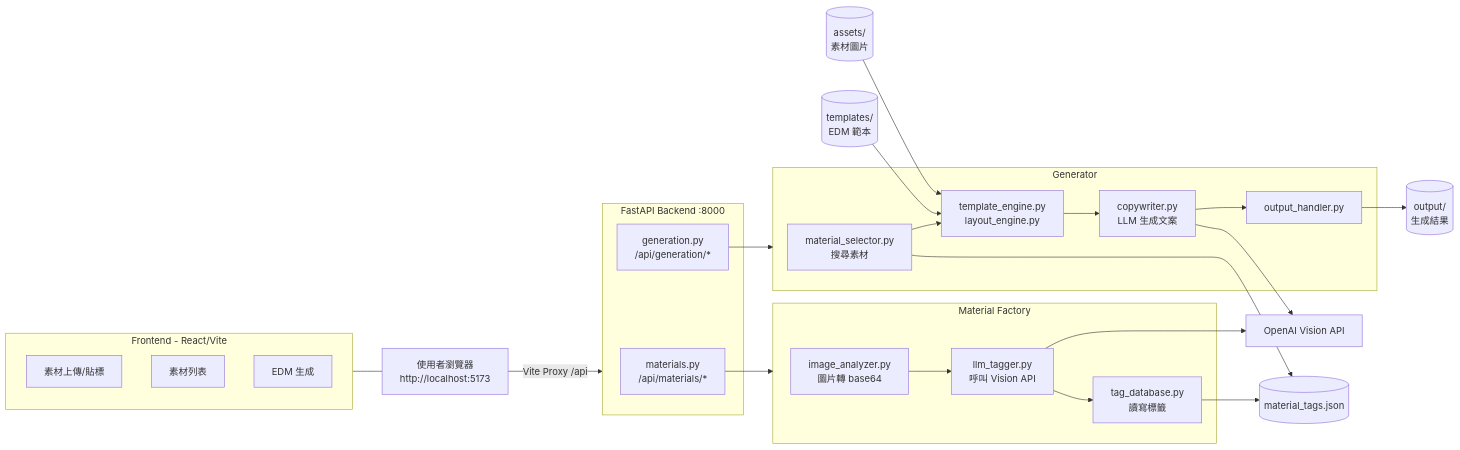
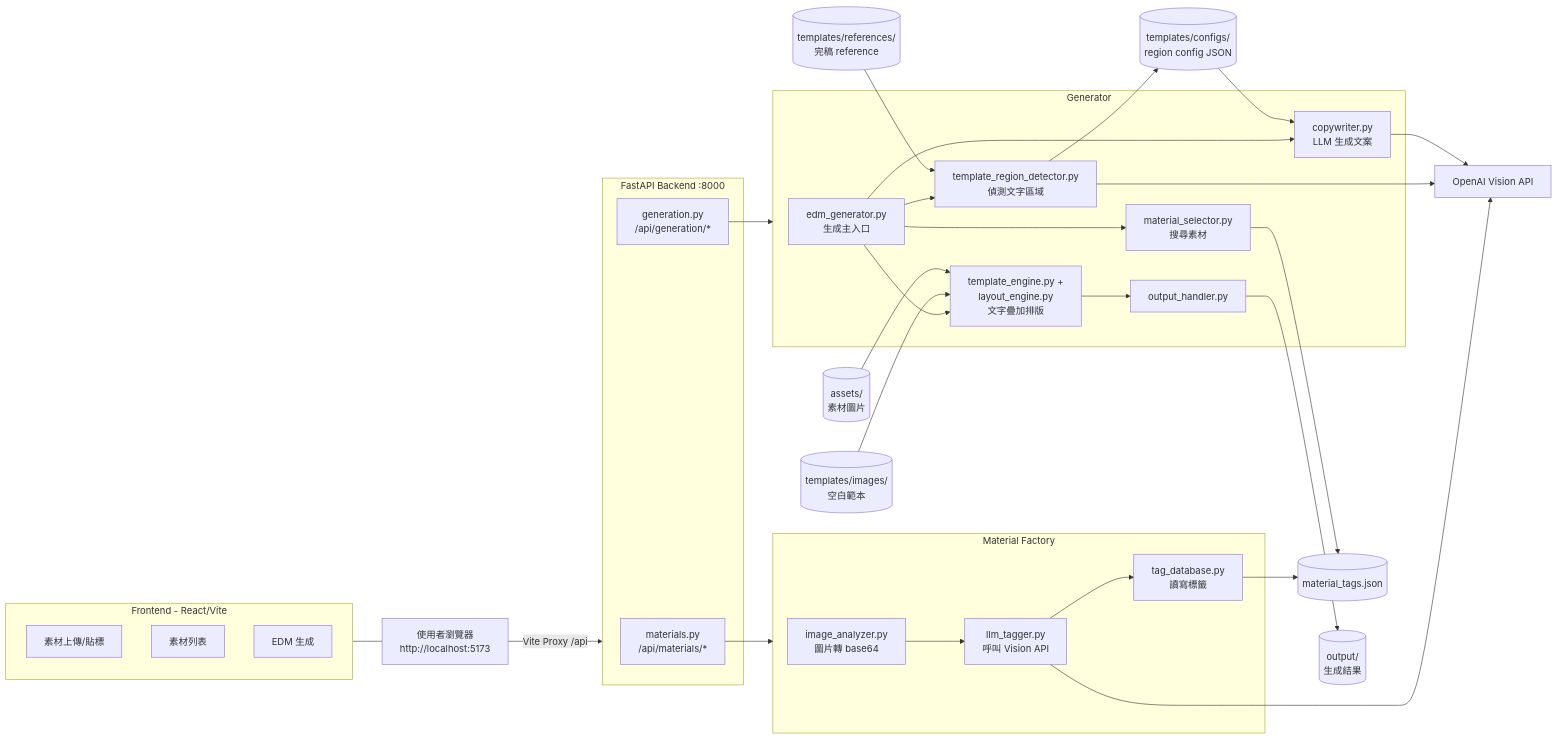
One commit to SamLai228/creative_agent changed the diagram in docs/architecture.md. Above: the diagram before and after it, drawn with Mermaid.

Commit message:
docs: update architecture diagram with new Generator components
Add template_region_detector, edm_generator, and template
directory structure (images/references/configs) to reflect
current system architecture.

````diff
--- a/docs/architecture.md
+++ b/docs/architecture.md
@@ -3,55 +3,65 @@
 ```mermaid
 flowchart LR
     Browser["使用者瀏覽器<br/>http://localhost:5173"]
 
     subgraph Frontend["Frontend - React/Vite"]
         UI_Upload["素材上傳/貼標"]
         UI_List["素材列表"]
         UI_Generate["EDM 生成"]
     end
 
     subgraph Backend["FastAPI Backend :8000"]
         R_Materials["materials.py<br/>/api/materials/*"]
         R_Generation["generation.py<br/>/api/generation/*"]
     end
 
     subgraph MaterialFactory["Material Factory"]
         ImageAnalyzer["image_analyzer.py<br/>圖片轉 base64"]
         LLMTagger["llm_tagger.py<br/>呼叫 Vision API"]
         TagDatabase["tag_database.py<br/>讀寫標籤"]
     end
 
     subgraph Generator["Generator"]
+        EDMGenerator["edm_generator.py<br/>生成主入口"]
         MaterialSelector["material_selector.py<br/>搜尋素材"]
-        TemplateEngine["template_engine.py<br/>layout_engine.py"]
+        RegionDetector["template_region_detector.py<br/>偵測文字區域"]
+        TemplateEngine["template_engine.py +<br/>layout_engine.py<br/>文字疊加排版"]
         Copywriter["copywriter.py<br/>LLM 生成文案"]
         OutputHandler["output_handler.py"]
     end
 
     OpenAI["OpenAI Vision API"]
 
     DB[("material_tags.json")]
     Assets[("assets/<br/>素材圖片")]
-    Templates[("templates/<br/>EDM 範本")]
+    TplImages[("templates/images/<br/>空白範本")]
+    TplRefs[("templates/references/<br/>完稿 reference")]
+    TplConfigs[("templates/configs/<br/>region config JSON")]
     Output[("output/<br/>生成結果")]
 
     Browser -->|"Vite Proxy /api"| Backend
     Frontend --- Browser
 
     R_Materials --> MaterialFactory
     R_Generation --> Generator
 
     ImageAnalyzer --> LLMTagger
     LLMTagger --> OpenAI
     LLMTagger --> TagDatabase
     TagDatabase --> DB
 
+    EDMGenerator --> MaterialSelector
+    EDMGenerator --> RegionDetector
+    EDMGenerator --> Copywriter
+    EDMGenerator --> TemplateEngine
     MaterialSelector --> DB
-    MaterialSelector --> TemplateEngine
-    Templates --> TemplateEngine
+    TplRefs --> RegionDetector
+    RegionDetector --> OpenAI
+    RegionDetector --> TplConfigs
+    TplConfigs --> Copywriter
+    Copywriter --> OpenAI
+    TplImages --> TemplateEngine
     Assets --> TemplateEngine
-    TemplateEngine --> Copywriter
-    Copywriter --> OpenAI
-    Copywriter --> OutputHandler
+    TemplateEngine --> OutputHandler
     OutputHandler --> Output
 ```
````
